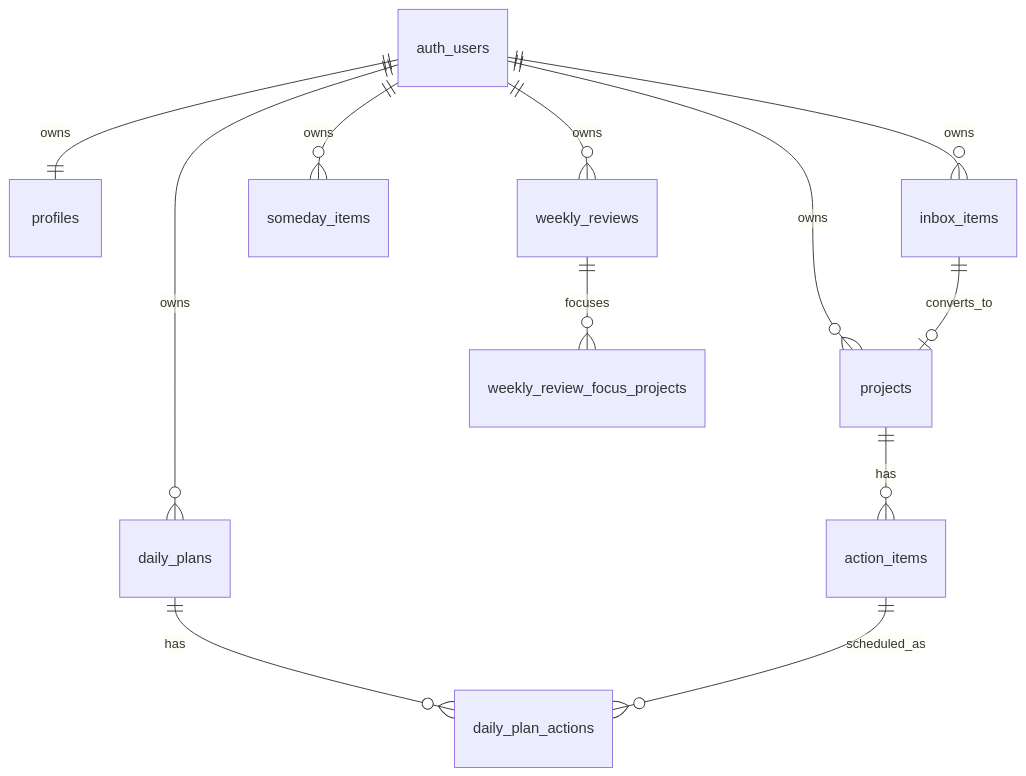
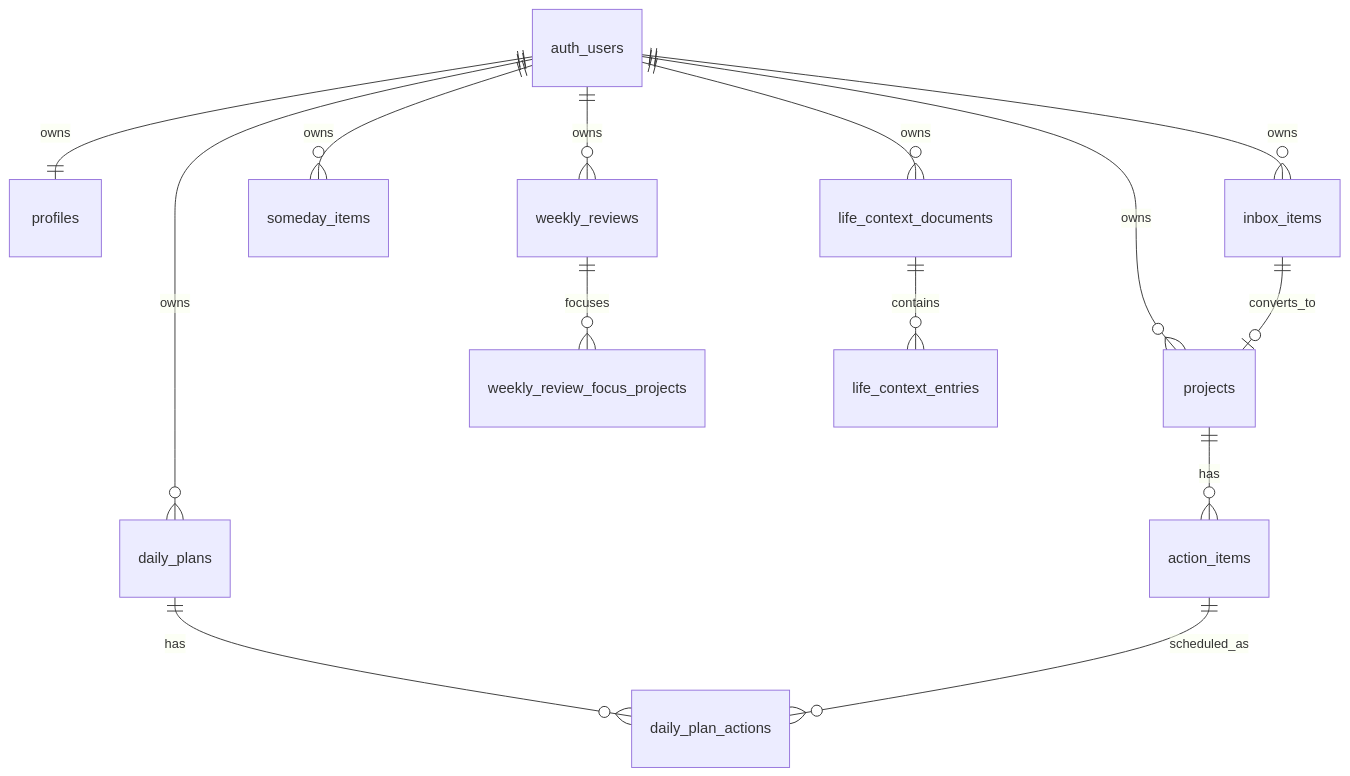
The diagram in docs/DATABASE.md (rlagywnd4/life-os), drawn with Mermaid before and after one commit. The commit also changed other lines of this file and 19 other files, not shown here.

````diff
--- a/docs/DATABASE.md
+++ b/docs/DATABASE.md
@@ -5,14 +5,16 @@
 ```mermaid
 erDiagram
   auth_users ||--|| profiles : owns
   auth_users ||--o{ inbox_items : owns
   auth_users ||--o{ projects : owns
   projects ||--o{ action_items : has
   inbox_items ||--o| projects : converts_to
   auth_users ||--o{ daily_plans : owns
   daily_plans ||--o{ daily_plan_actions : has
   action_items ||--o{ daily_plan_actions : scheduled_as
   auth_users ||--o{ someday_items : owns
   auth_users ||--o{ weekly_reviews : owns
   weekly_reviews ||--o{ weekly_review_focus_projects : focuses
+  auth_users ||--o{ life_context_documents : owns
+  life_context_documents ||--o{ life_context_entries : contains
 ```
````
